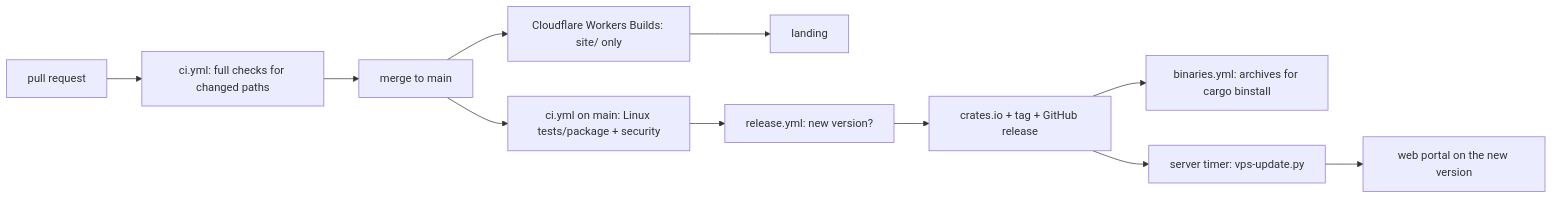
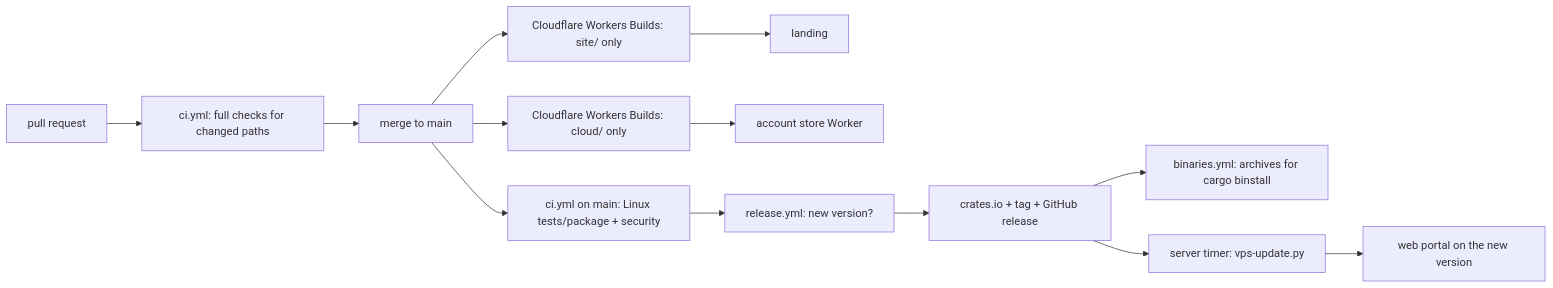
One commit to elvisbrevi/personal-teams-assistant changed the diagram in docs/delivery.md. Above: the diagram before and after it, drawn with Mermaid. The commit also changed other lines of this file and 23 other files, not shown here.

First line of the commit message:
Add the account store Worker under cloud/

````diff
--- a/docs/delivery.md
+++ b/docs/delivery.md
@@ -5,8 +5,9 @@
 ```mermaid
 flowchart LR
   PR[pull request] --> CI[ci.yml: full checks for changed paths] --> M[merge to main]
   M --> CF[Cloudflare Workers Builds: site/ only] --> L[landing]
+  M --> CW[Cloudflare Workers Builds: cloud/ only] --> W[account store Worker]
   M --> CI2[ci.yml on main: Linux tests/package + security] --> R[release.yml: new version?] --> C[crates.io + tag + GitHub release]
   C --> B[binaries.yml: archives for cargo binstall]
   C --> U[server timer: vps-update.py] --> P[web portal on the new version]
 ```
````
